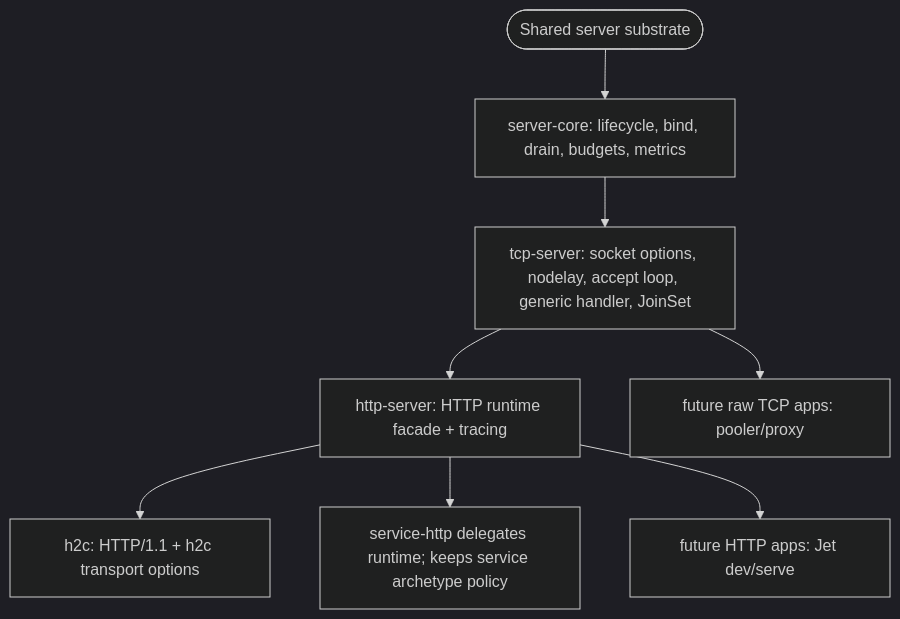
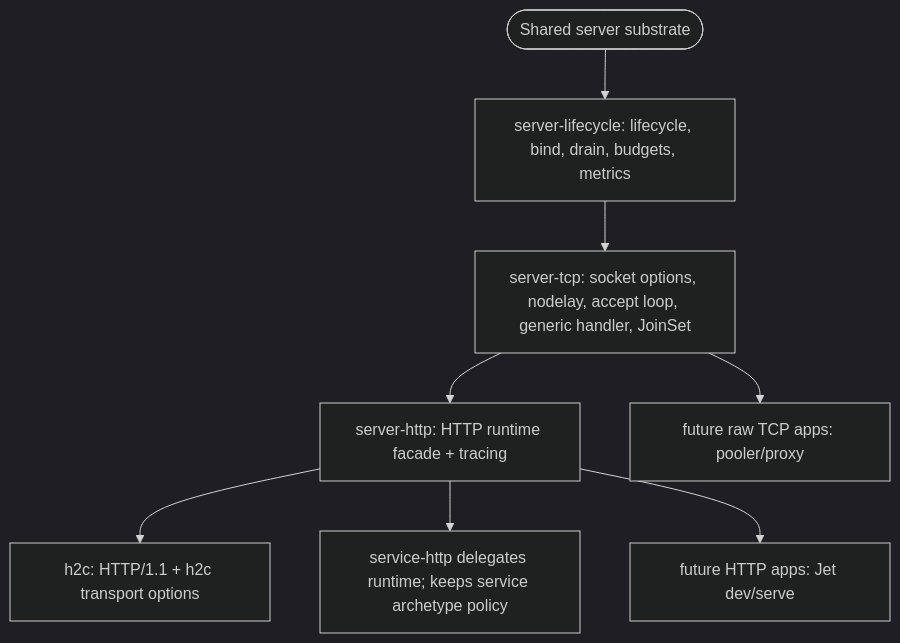
One commit to chrischeng-c4/axiom changed the first of 2 diagrams in apps/agentic-workflow/tech-design/logic/shared-server-substrate-performance-layers.md. Above: the diagram before and after it, drawn with Mermaid (dark theme). The commit also changed other lines of this file and 175 other files, not shown here.

First line of the commit message:
refactor(libs): finish semantic service substrate convergence

````diff
--- a/apps/agentic-workflow/tech-design/logic/shared-server-substrate-performance-layers.md
+++ b/apps/agentic-workflow/tech-design/logic/shared-server-substrate-performance-layers.md
@@ -19,30 +19,30 @@
 ```mermaid
 ---
 id: shared-server-substrate-contract
 entry: start
 nodes:
   start: { kind: start, label: "Shared server substrate contract" }
-  core: { kind: process, label: "server-core owns bind config, drain state, shutdown signal, connection budget, metrics hook" }
-  tcp: { kind: process, label: "tcp-server owns socket bind, TCP_NODELAY, accept loop, zero-boxing handler API, JoinSet supervision" }
-  http: { kind: process, label: "http-server owns HTTP runtime facade and request tracing" }
+  core: { kind: process, label: "server-lifecycle owns bind config, drain state, shutdown signal, connection budget, metrics hook" }
+  tcp: { kind: process, label: "server-tcp owns socket bind, TCP_NODELAY, accept loop, zero-boxing handler API, JoinSet supervision" }
+  http: { kind: process, label: "server-http owns HTTP runtime facade and request tracing" }
   h2c: { kind: process, label: "h2c owns hyper-util HTTP/1.1 + h2c transport and tunable server options" }
-  service: { kind: terminal, label: "service-http remains service archetype shell and delegates runtime to http-server" }
-  future: { kind: terminal, label: "Jet and Postgres pooler can adopt http-server or tcp-server later without service-http policy" }
+  service: { kind: terminal, label: "service-http remains service archetype shell and delegates runtime to server-http" }
+  future: { kind: terminal, label: "Jet and Postgres pooler can adopt server-http or server-tcp later without service-http policy" }
 edges:
   - { from: start, to: core }
   - { from: core, to: tcp }
   - { from: tcp, to: http }
   - { from: http, to: h2c }
   - { from: http, to: service }
   - { from: tcp, to: future }
   - { from: http, to: future }
 ---
 flowchart TD
-  start([Shared server substrate]) --> core[server-core: lifecycle, bind, drain, budgets, metrics]
-  core --> tcp[tcp-server: socket options, nodelay, accept loop, generic handler, JoinSet]
-  tcp --> http[http-server: HTTP runtime facade + tracing]
+  start([Shared server substrate]) --> core[server-lifecycle: lifecycle, bind, drain, budgets, metrics]
+  core --> tcp[server-tcp: socket options, nodelay, accept loop, generic handler, JoinSet]
+  tcp --> http[server-http: HTTP runtime facade + tracing]
   http --> h2c[h2c: HTTP/1.1 + h2c transport options]
   http --> service[service-http delegates runtime; keeps service archetype policy]
   tcp --> future[future raw TCP apps: pooler/proxy]
   http --> future_http[future HTTP apps: Jet dev/serve]
 ```
````
